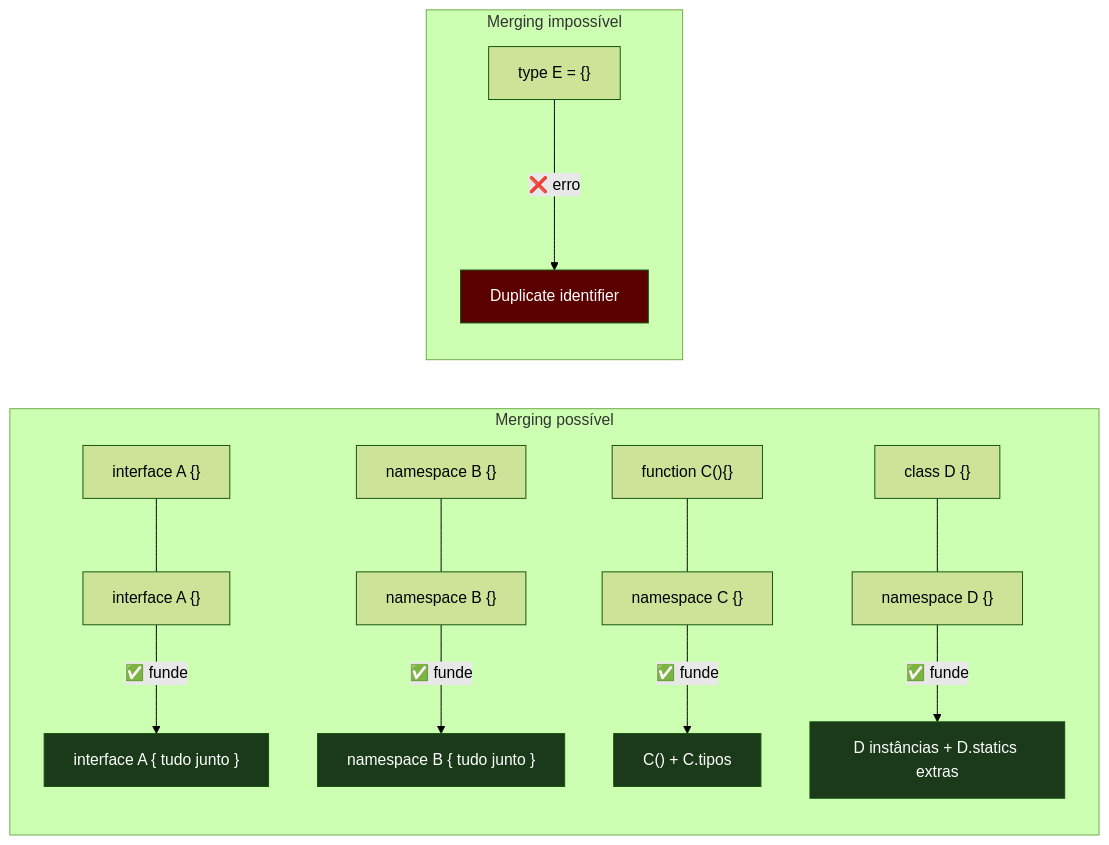
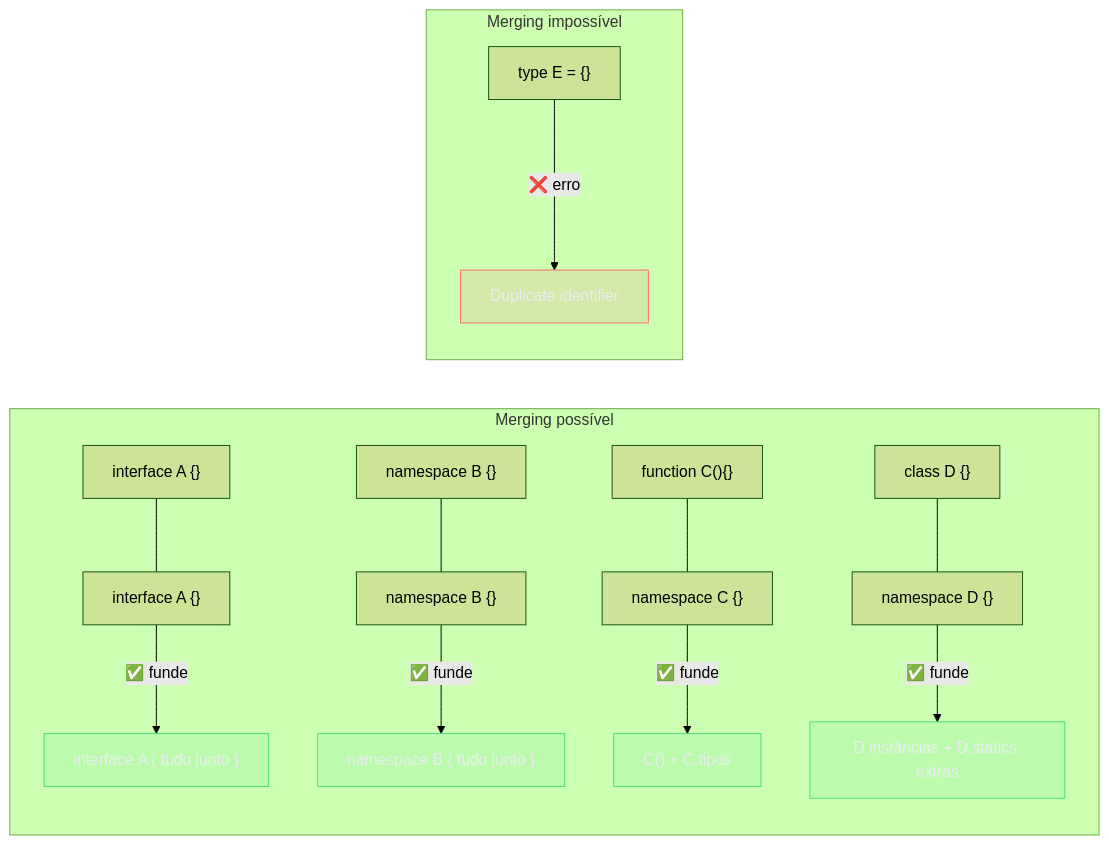
One commit to josenaldo/codex-technomanticus changed the third of 6 diagrams in 03-Dominios/Tecnologia/TypeScript/22 - Declaration files (.d.ts) e o ecossistema de tipos.md. Above: the diagram before and after it, drawn with Mermaid (forest theme). The commit also changed other lines of this file and 1181 other files, not shown here.

First line of the commit message:
fix(diagramas): paleta do sistema no lugar de cor cravada no markdown

````diff
--- a/03-Dominios/Tecnologia/TypeScript/22 - Declaration files (.d.ts) e o ecossistema de tipos.md
+++ b/03-Dominios/Tecnologia/TypeScript/22 - Declaration files (.d.ts) e o ecossistema de tipos.md
@@ -280,17 +283,19 @@
 ```mermaid
 flowchart LR
+    classDef ok fill:#4ADE8021,stroke:#4ADE80,color:#E9ECF2
+    classDef falha fill:#FF6B6B24,stroke:#FF6B6B,color:#E9ECF2
     subgraph "Merging possível"
         I1["interface A {}"] --- I2["interface A {}"] -->|"✅ funde"| IM["interface A { tudo junto }"]
         N1["namespace B {}"] --- N2["namespace B {}"] -->|"✅ funde"| NM["namespace B { tudo junto }"]
         F1["function C(){}"] --- NS["namespace C {}"] -->|"✅ funde"| FM["C() + C.tipos"]
         CL["class D {}"] --- NSd["namespace D {}"] -->|"✅ funde"| CLM["D instâncias + D.statics extras"]
     end
     subgraph "Merging impossível"
         T1["type E = {}"] --->|"❌ erro"| TERR["Duplicate identifier"]
     end
-    style IM fill:#1a3a1a,color:#fff
-    style NM fill:#1a3a1a,color:#fff
-    style FM fill:#1a3a1a,color:#fff
-    style CLM fill:#1a3a1a,color:#fff
-    style TERR fill:#5a0000,color:#fff
+    class IM ok
+    class NM ok
+    class FM ok
+    class CLM ok
+    class TERR falha
 ```
````
